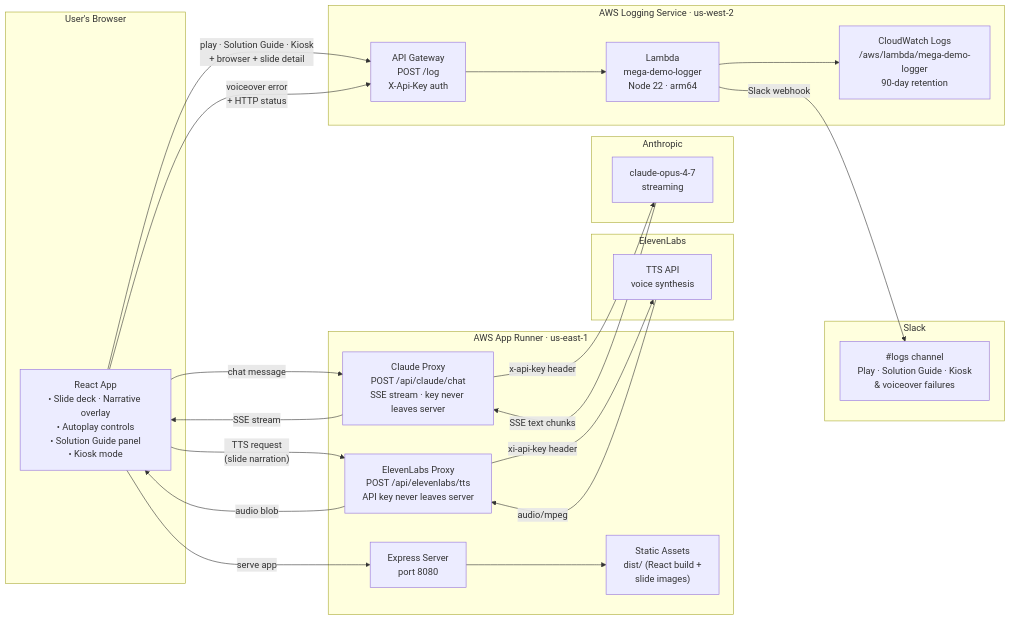
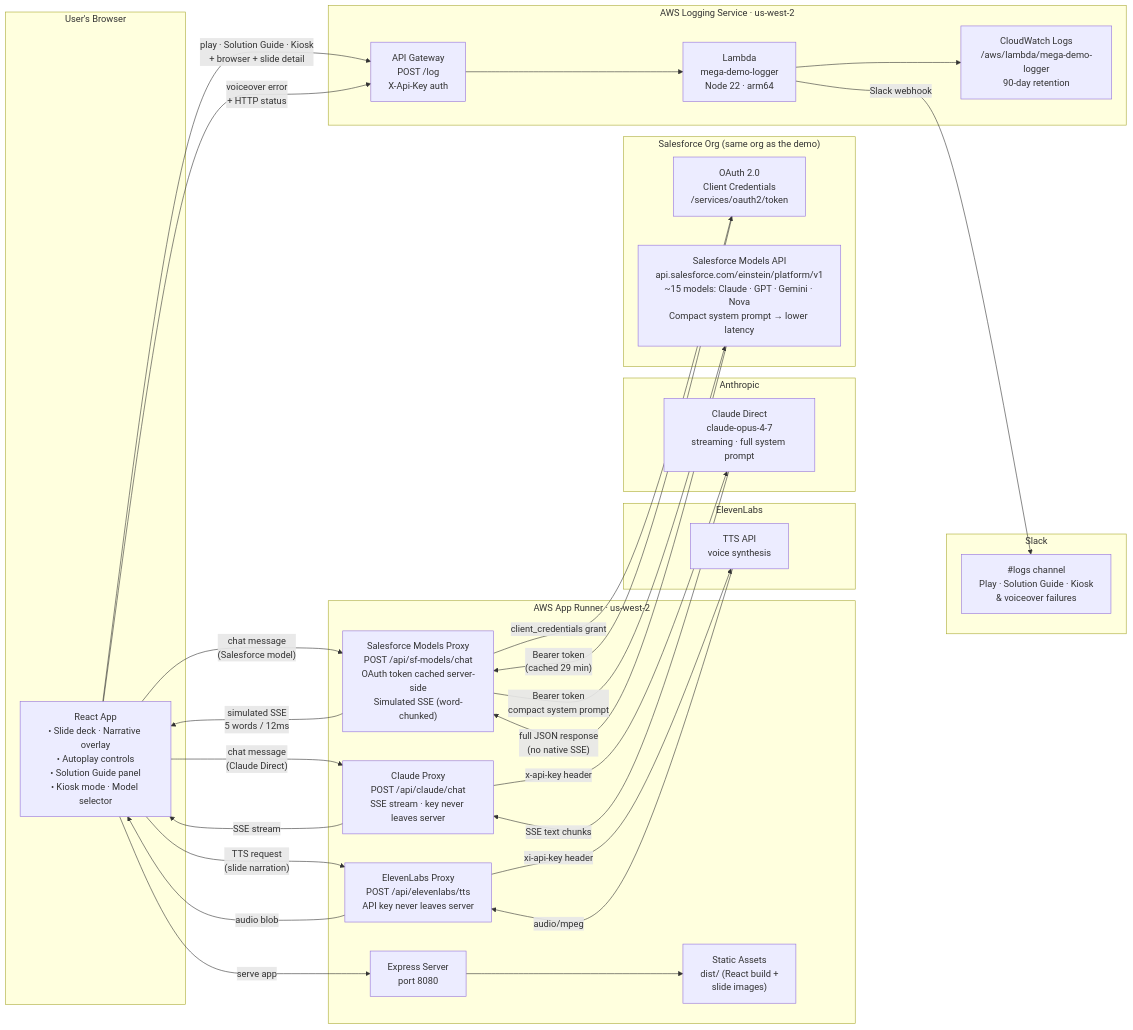
Before and after one commit to congmingwudi/tdx26-mega-demo: the second of 2 diagrams in README.md, drawn with Mermaid. The commit also changed other lines of this file, not shown here.

First line of the commit message:
Update README: model selector, SF Models API, tiered prompts, logging events

````diff
--- a/README.md
+++ b/README.md
@@ -119,47 +125,59 @@
 ```mermaid
 flowchart LR
     subgraph Browser["User's Browser"]
-        UI["React App\n• Slide deck · Narrative overlay\n• Autoplay controls\n• Solution Guide panel\n• Kiosk mode"]
+        UI["React App\n• Slide deck · Narrative overlay\n• Autoplay controls\n• Solution Guide panel\n• Kiosk mode · Model selector"]
     end
 
-    subgraph AppRunner["AWS App Runner · us-east-1"]
+    subgraph AppRunner["AWS App Runner · us-west-2"]
         EXPRESS["Express Server\nport 8080"]
         STATIC["Static Assets\ndist/ (React build +\nslide images)"]
         ELPROXY["ElevenLabs Proxy\nPOST /api/elevenlabs/tts\nAPI key never leaves server"]
         CLPROXY["Claude Proxy\nPOST /api/claude/chat\nSSE stream · key never leaves server"]
+        SFPROXY["Salesforce Models Proxy\nPOST /api/sf-models/chat\nOAuth token cached server-side\nSimulated SSE (word-chunked)"]
     end
 
     subgraph ElevenLabs["ElevenLabs"]
         ELAPI["TTS API\nvoice synthesis"]
     end
 
     subgraph Anthropic["Anthropic"]
-        CLAPI["claude-opus-4-7\nstreaming"]
+        CLAPI["Claude Direct\nclaude-opus-4-7\nstreaming · full system prompt"]
+    end
+
+    subgraph SalesforceOrg["Salesforce Org (same org as the demo)"]
+        OAUTH["OAuth 2.0\nClient Credentials\n/services/oauth2/token"]
+        SFMODELS["Salesforce Models API\napi.salesforce.com/einstein/platform/v1\n~15 models: Claude · GPT · Gemini · Nova\nCompact system prompt → lower latency"]
     end
 
     subgraph LoggingService["AWS Logging Service · us-west-2"]
         APIGW["API Gateway\nPOST /log\nX-Api-Key auth"]
         LAMBDA["Lambda\nmega-demo-logger\nNode 22 · arm64"]
         CW["CloudWatch Logs\n/aws/lambda/mega-demo-logger\n90-day retention"]
     end
 
     subgraph Slack["Slack"]
         LOGS["#logs channel\nPlay · Solution Guide · Kiosk\n& voiceover failures"]
     end
 
     UI -->|"serve app"| EXPRESS
     EXPRESS --> STATIC
     UI -->|"TTS request\n(slide narration)"| ELPROXY
     ELPROXY -->|"xi-api-key header"| ELAPI
     ELAPI -->|"audio/mpeg"| ELPROXY
     ELPROXY -->|"audio blob"| UI
-    UI -->|"chat message"| CLPROXY
+    UI -->|"chat message\n(Claude Direct)"| CLPROXY
     CLPROXY -->|"x-api-key header"| CLAPI
     CLAPI -->|"SSE text chunks"| CLPROXY
     CLPROXY -->|"SSE stream"| UI
+    UI -->|"chat message\n(Salesforce model)"| SFPROXY
+    SFPROXY -->|"client_credentials grant"| OAUTH
+    OAUTH -->|"Bearer token\n(cached 29 min)"| SFPROXY
+    SFPROXY -->|"Bearer token\ncompact system prompt"| SFMODELS
+    SFMODELS -->|"full JSON response\n(no native SSE)"| SFPROXY
+    SFPROXY -->|"simulated SSE\n5 words / 12ms"| UI
     UI -->|"play · Solution Guide · Kiosk\n+ browser + slide detail"| APIGW
     UI -->|"voiceover error\n+ HTTP status"| APIGW
     APIGW --> LAMBDA
     LAMBDA --> CW
     LAMBDA -->|"Slack webhook"| LOGS
 ```
````
